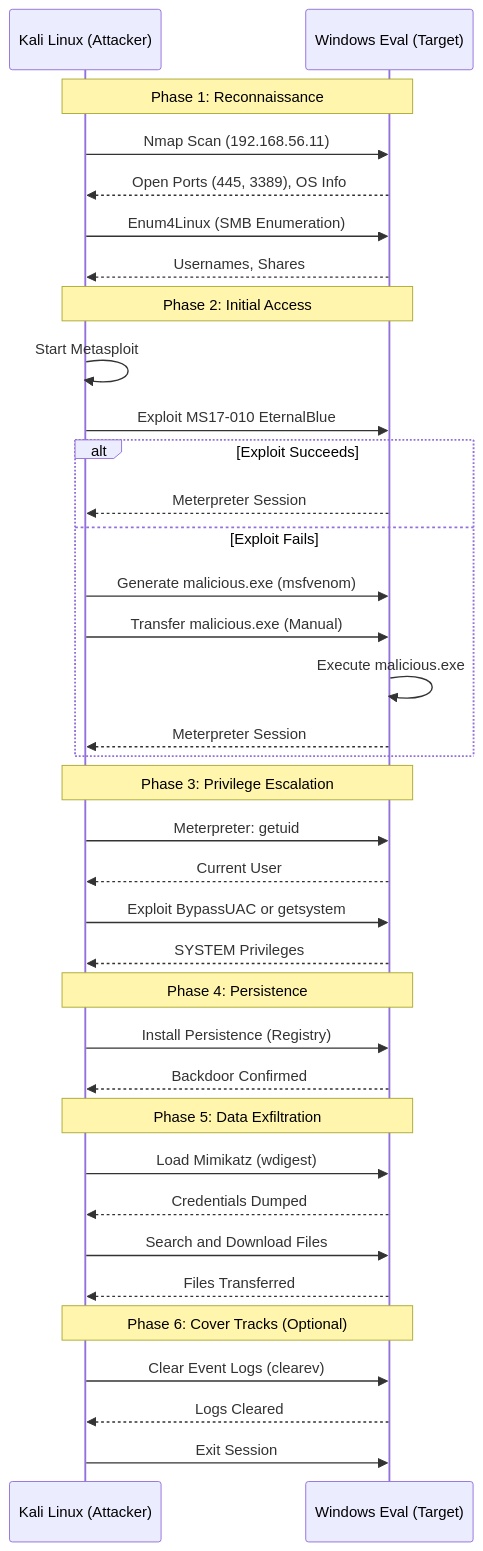
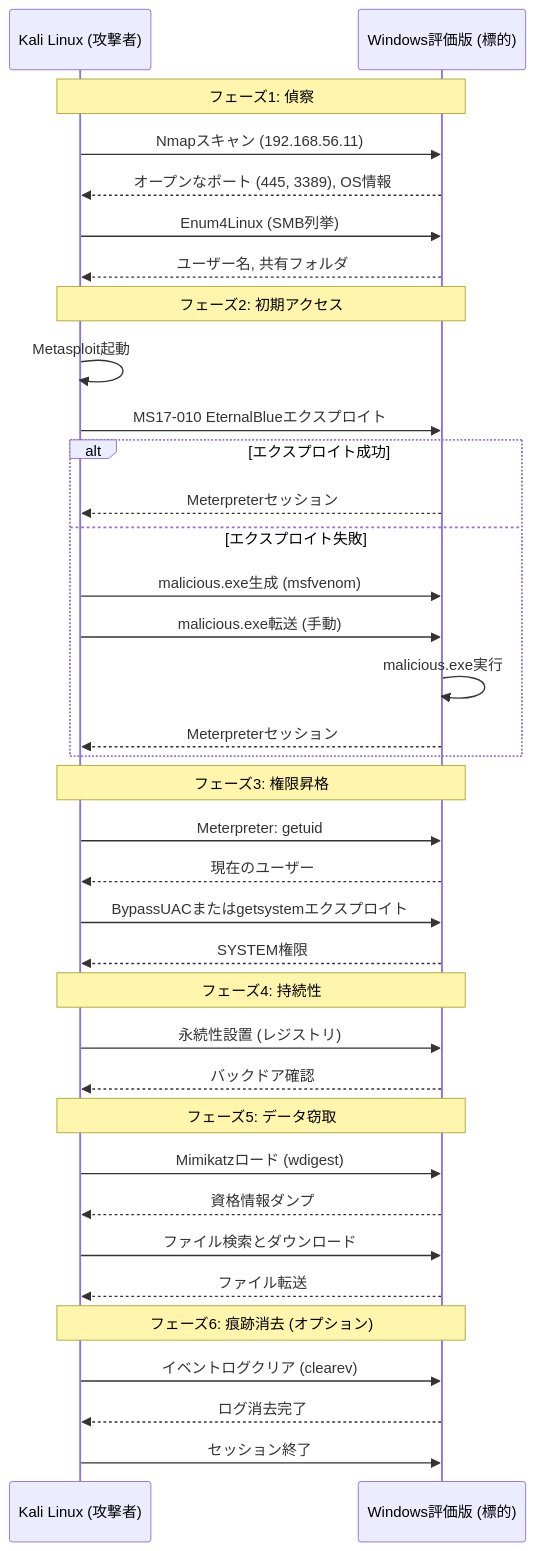
Before and after one commit to JT-External/apt-demo-explanation: the second of 2 diagrams in README.md, drawn with Mermaid. The commit also changed other lines of this file, not shown here.

````diff
--- a/README.md
+++ b/README.md
@@ -34,44 +34,44 @@
 ```mermaid
 sequenceDiagram
-    participant K as Kali Linux (Attacker)
-    participant W as Windows Eval (Target)
+    participant K as Kali Linux (攻撃者)
+    participant W as Windows評価版 (標的)
 
-    Note over K,W: Phase 1: Reconnaissance
-    K->>W: Nmap Scan (192.168.56.11)
-    W-->>K: Open Ports (445, 3389), OS Info
-    K->>W: Enum4Linux (SMB Enumeration)
-    W-->>K: Usernames, Shares
+    Note over K,W: フェーズ1: 偵察
+    K->>W: Nmapスキャン (192.168.56.11)
+    W-->>K: オープンなポート (445, 3389), OS情報
+    K->>W: Enum4Linux (SMB列挙)
+    W-->>K: ユーザー名, 共有フォルダ
 
-    Note over K,W: Phase 2: Initial Access
-    K->>K: Start Metasploit
-    K->>W: Exploit MS17-010 EternalBlue
-    alt Exploit Succeeds
-        W-->>K: Meterpreter Session
-    else Exploit Fails
-        K->>W: Generate malicious.exe (msfvenom)
-        K->>W: Transfer malicious.exe (Manual)
-        W->>W: Execute malicious.exe
-        W-->>K: Meterpreter Session
+    Note over K,W: フェーズ2: 初期アクセス
+    K->>K: Metasploit起動
+    K->>W: MS17-010 EternalBlueエクスプロイト
+    alt エクスプロイト成功
+        W-->>K: Meterpreterセッション
+    else エクスプロイト失敗
+        K->>W: malicious.exe生成 (msfvenom)
+        K->>W: malicious.exe転送 (手動)
+        W->>W: malicious.exe実行
+        W-->>K: Meterpreterセッション
     end
 
-    Note over K,W: Phase 3: Privilege Escalation
+    Note over K,W: フェーズ3: 権限昇格
     K->>W: Meterpreter: getuid
-    W-->>K: Current User
-    K->>W: Exploit BypassUAC or getsystem
-    W-->>K: SYSTEM Privileges
+    W-->>K: 現在のユーザー
+    K->>W: BypassUACまたはgetsystemエクスプロイト
+    W-->>K: SYSTEM権限
 
-    Note over K,W: Phase 4: Persistence
-    K->>W: Install Persistence (Registry)
-    W-->>K: Backdoor Confirmed
+    Note over K,W: フェーズ4: 持続性
+    K->>W: 永続性設置 (レジストリ)
+    W-->>K: バックドア確認
 
-    Note over K,W: Phase 5: Data Exfiltration
-    K->>W: Load Mimikatz (wdigest)
-    W-->>K: Credentials Dumped
-    K->>W: Search and Download Files
-    W-->>K: Files Transferred
+    Note over K,W: フェーズ5: データ窃取
+    K->>W: Mimikatzロード (wdigest)
+    W-->>K: 資格情報ダンプ
+    K->>W: ファイル検索とダウンロード
+    W-->>K: ファイル転送
 
-    Note over K,W: Phase 6: Cover Tracks (Optional)
-    K->>W: Clear Event Logs (clearev)
-    W-->>K: Logs Cleared
-    K->>W: Exit Session
+    Note over K,W: フェーズ6: 痕跡消去 (オプション)
+    K->>W: イベントログクリア (clearev)
+    W-->>K: ログ消去完了
+    K->>W: セッション終了
 ```
````
